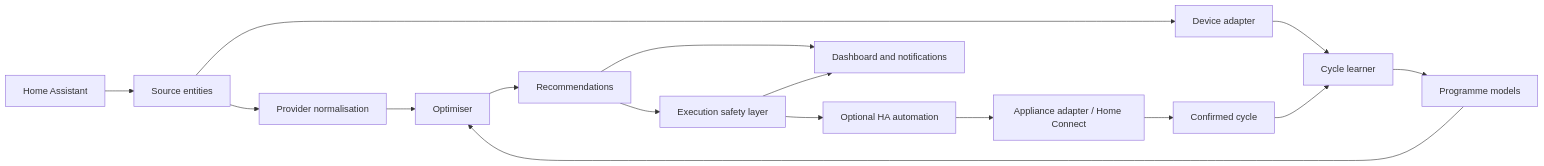
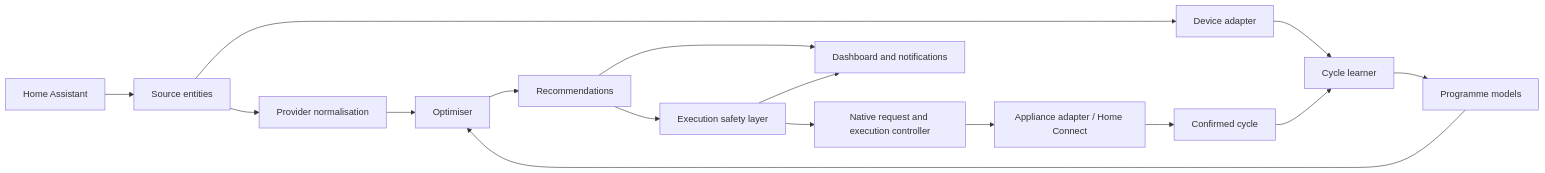
One commit to stevesherry123/load-optimizer-home-assistant changed the first of 2 diagrams in docs/high-level-architecture.md. Above: the diagram before and after it, drawn with Mermaid. The commit also changed other lines of this file and 17 other files, not shown here.

```diff
--- a/docs/high-level-architecture.md
+++ b/docs/high-level-architecture.md
@@ -8,18 +8,18 @@
 ~~~mermaid
 flowchart LR
   HA[Home Assistant] --> S[Source entities]
   S --> P[Provider normalisation]
   S --> D[Device adapter]
   D --> L[Cycle learner]
   L --> M[Programme models]
   P --> O[Optimiser]
   M --> O
   O --> R[Recommendations]
   R --> E[Execution safety layer]
-  E --> A[Optional HA automation]
+  E --> A[Native request and execution controller]
   A --> HC[Appliance adapter / Home Connect]
   HC --> F[Confirmed cycle]
   F --> L
   R --> UI[Dashboard and notifications]
   E --> UI
 ~~~
```
